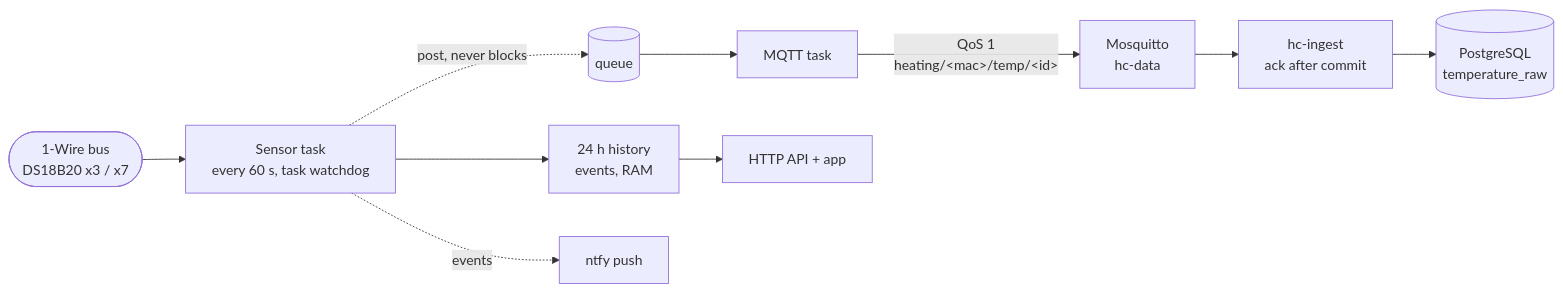
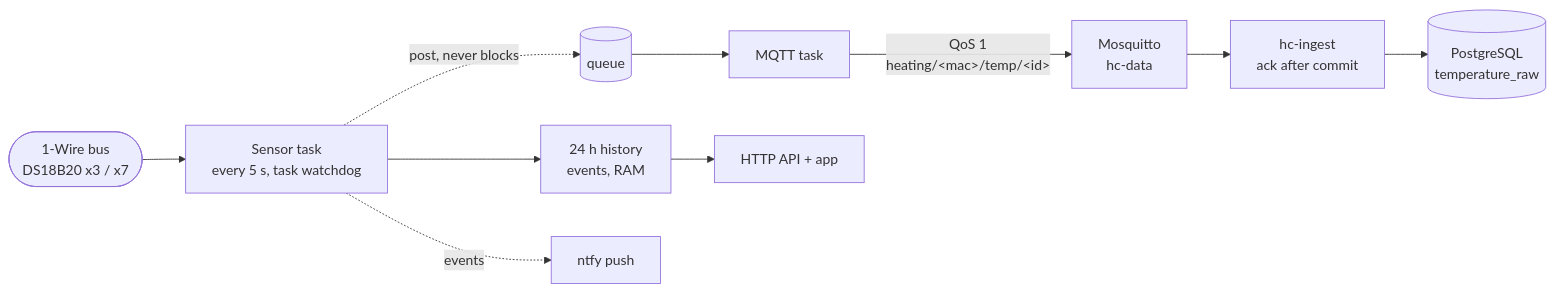
Before and after one commit to tomekceszke/heating-controller: the diagram in README.md, drawn with Mermaid. The commit also changed other lines of this file and 10 other files, not shown here.

````diff
--- a/README.md
+++ b/README.md
@@ -53,10 +53,10 @@
 ```mermaid
 flowchart LR
-    bus([1-Wire bus<br/>DS18B20 x3 / x7]) --> task[Sensor task<br/>every 60 s, task watchdog]
+    bus([1-Wire bus<br/>DS18B20 x3 / x7]) --> task[Sensor task<br/>every 5 s, task watchdog]
     task -. post, never blocks .-> q[(queue)]
     q --> mqtt[MQTT task] -- "QoS 1<br/>heating/&lt;mac&gt;/temp/&lt;id&gt;" --> broker[Mosquitto<br/>hc-data]
     broker --> ingest[hc-ingest<br/>ack after commit] --> pg[(PostgreSQL<br/>temperature_raw)]
     task --> ram[24 h history<br/>events, RAM]
     ram --> api[HTTP API + app]
     task -. events .-> ntfy[ntfy push]
 ```
````
